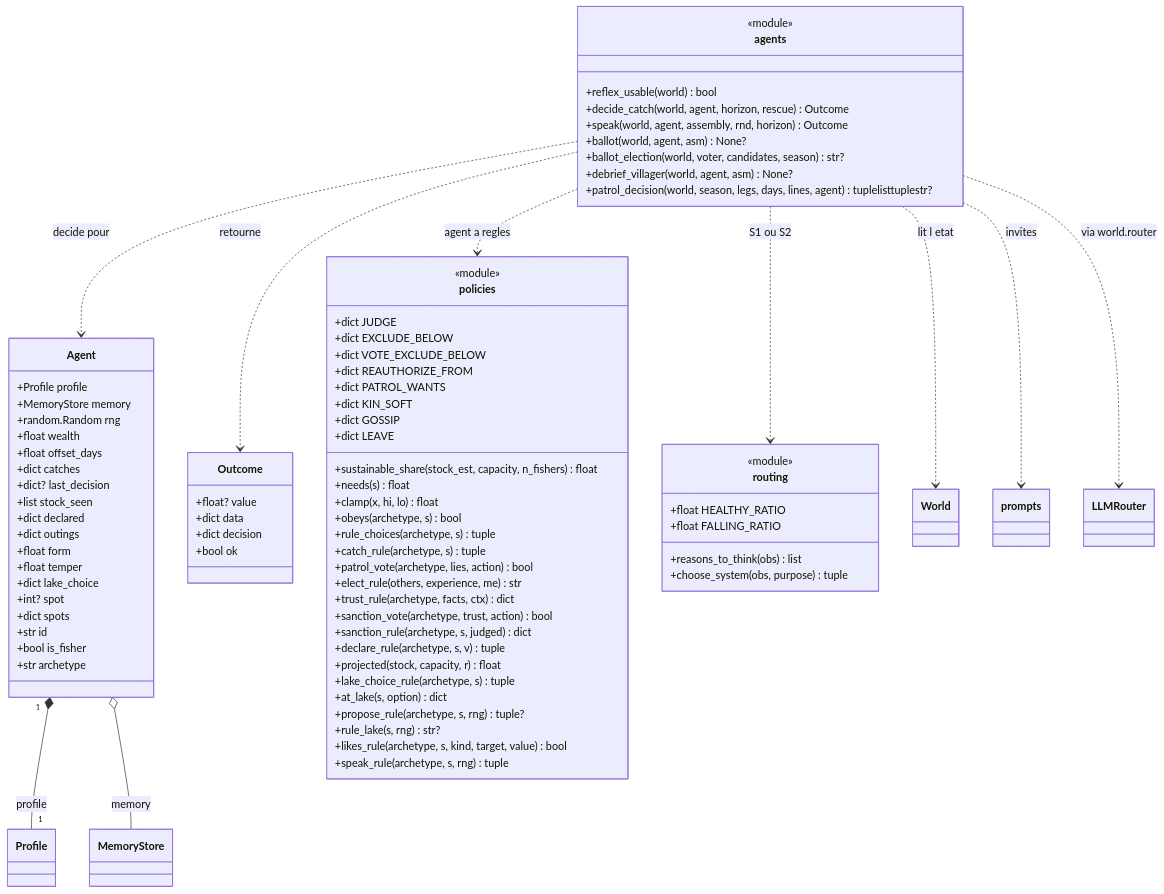
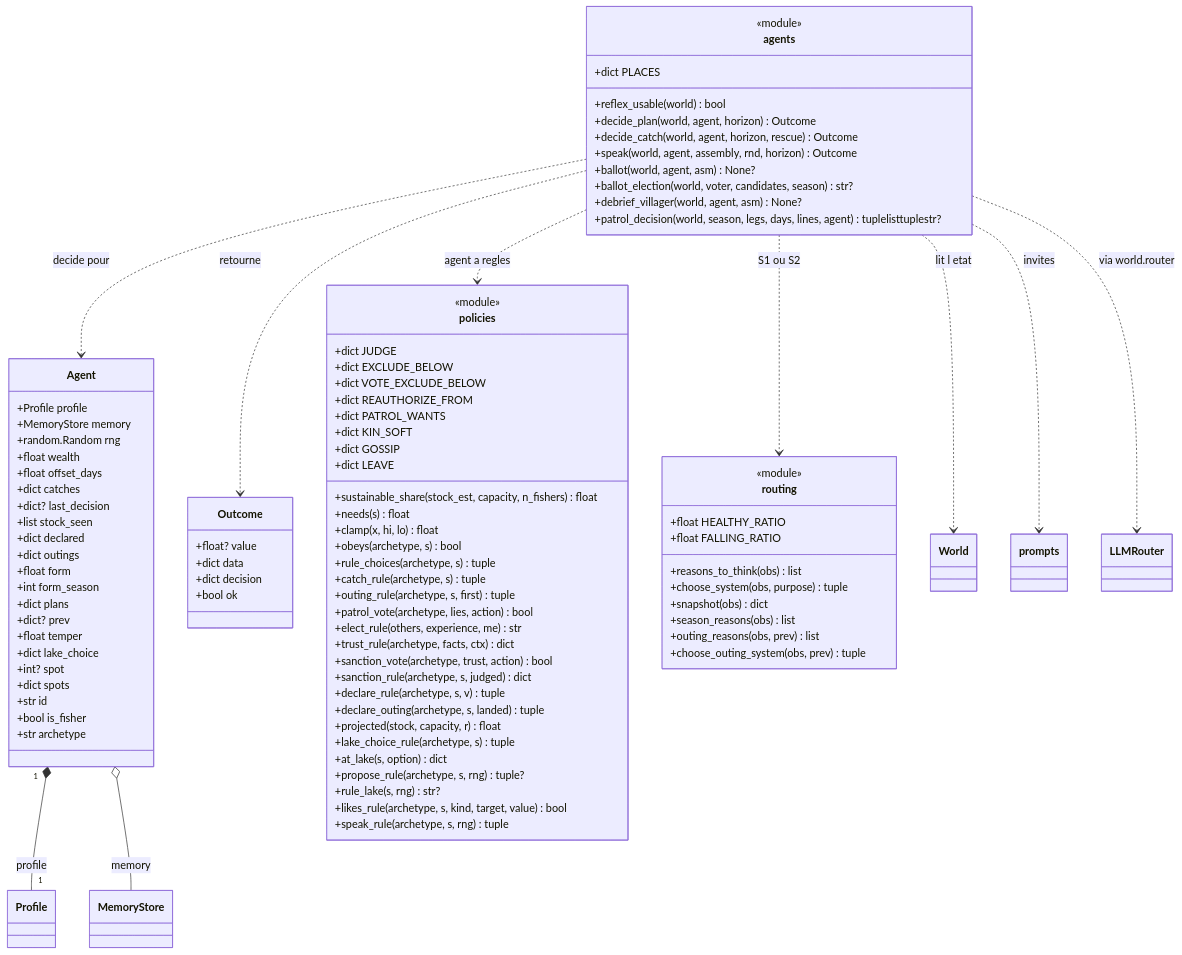
The first of 5 diagrams in docs/uml/classes-decisions.md (Romain-LM-Dev/Projet-Parcours---Filets-de-Vellmor), drawn with Mermaid before and after one commit. The commit also changed other lines of this file and 14 other files, not shown here.

```diff
--- a/docs/uml/classes-decisions.md
+++ b/docs/uml/classes-decisions.md
@@ -13,7 +13,9 @@
 classDiagram
     class agents {
         <<module>>
+        +dict PLACES
         +reflex_usable(world) bool
+        +decide_plan(world, agent, horizon) Outcome
         +decide_catch(world, agent, horizon, rescue) Outcome
         +speak(world, agent, assembly, rnd, horizon) Outcome
         +ballot(world, agent, asm) None?
@@ -33,6 +35,9 @@
         +dict declared
         +dict outings
         +float form
+        +int form_season
+        +dict plans
+        +dict? prev
         +float temper
         +dict lake_choice
         +int? spot
@@ -63,12 +68,14 @@
         +obeys(archetype, s) bool
         +rule_choices(archetype, s) tuple
         +catch_rule(archetype, s) tuple
+        +outing_rule(archetype, s, first) tuple
         +patrol_vote(archetype, lies, action) bool
         +elect_rule(others, experience, me) str
         +trust_rule(archetype, facts, ctx) dict
         +sanction_vote(archetype, trust, action) bool
         +sanction_rule(archetype, s, judged) dict
         +declare_rule(archetype, s, v) tuple
+        +declare_outing(archetype, s, landed) tuple
         +projected(stock, capacity, r) float
         +lake_choice_rule(archetype, s) tuple
         +at_lake(s, option) dict
@@ -83,6 +90,10 @@
         +float FALLING_RATIO
         +reasons_to_think(obs) list
         +choose_system(obs, purpose) tuple
+        +snapshot(obs) dict
+        +season_reasons(obs) list
+        +outing_reasons(obs, prev) list
+        +choose_outing_system(obs, prev) tuple
     }
     class World
     class Profile
```
